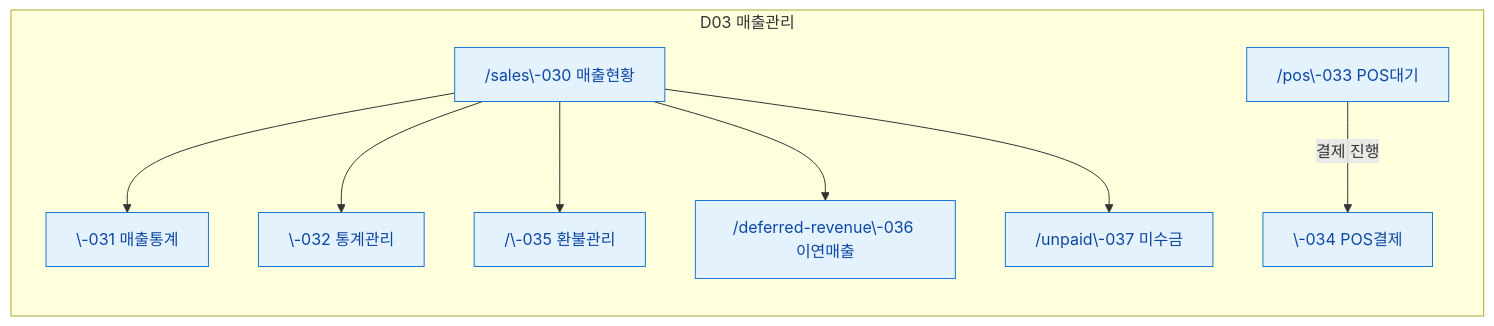
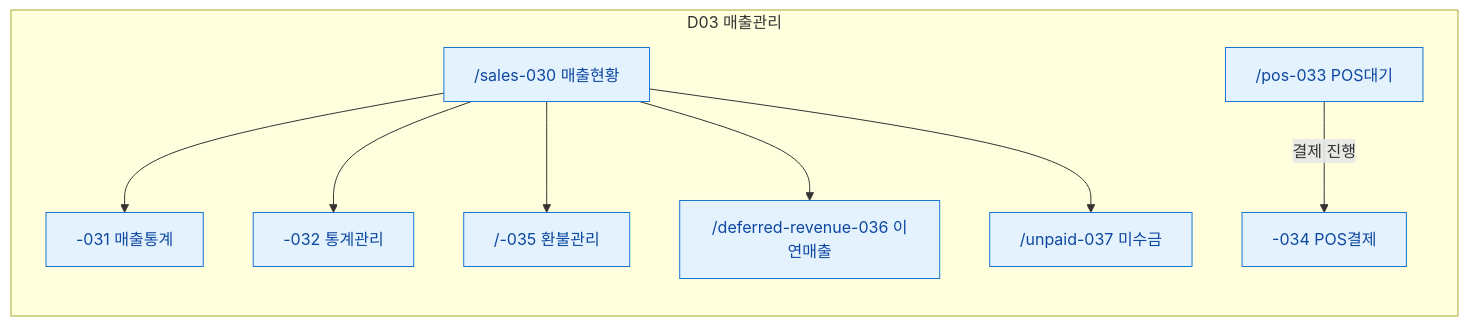
The fifth of 11 diagrams in docs/admin/다이어그램/00_사이트맵/N2_도메인별_사이트맵.md (dev-spogym/admin-pando), drawn with Mermaid before and after one commit. The commit also changed other lines of this file and 369 other files, not shown here.

````diff
--- a/docs/admin/다이어그램/00_사이트맵/N2_도메인별_사이트맵.md
+++ b/docs/admin/다이어그램/00_사이트맵/N2_도메인별_사이트맵.md
@@ -120,23 +120,23 @@
 ```mermaid
 flowchart LR
     subgraph D03["D03 매출관리"]
-        SCR030["/sales\-030 매출현황"]
-        SCR031["\-031 매출통계"]
-        SCR032["\-032 통계관리"]
-        SCR033["/pos\-033 POS대기"]
-        SCR034["\-034 POS결제"]
-        SCR035["/\-035 환불관리"]
-        SCR036["/deferred-revenue\-036 이연매출"]
-        SCR037["/unpaid\-037 미수금"]
+        SCR030["/sales-030 매출현황"]
+        SCR031["-031 매출통계"]
+        SCR032["-032 통계관리"]
+        SCR033["/pos-033 POS대기"]
+        SCR034["-034 POS결제"]
+        SCR035["/-035 환불관리"]
+        SCR036["/deferred-revenue-036 이연매출"]
+        SCR037["/unpaid-037 미수금"]
     end
 
     SCR030 --> SCR031
     SCR030 --> SCR032
     SCR033 -->|"결제 진행"|SCR034
     SCR030 --> SCR035
     SCR030 --> SCR036
     SCR030 --> SCR037
 
     classDef screen fill:#E3F2FD,stroke:#1976D2,color:#0D47A1
     class SCR030,SCR031,SCR032,SCR033,SCR034,SCR035,SCR036,SCR037 screen
 ```
````
